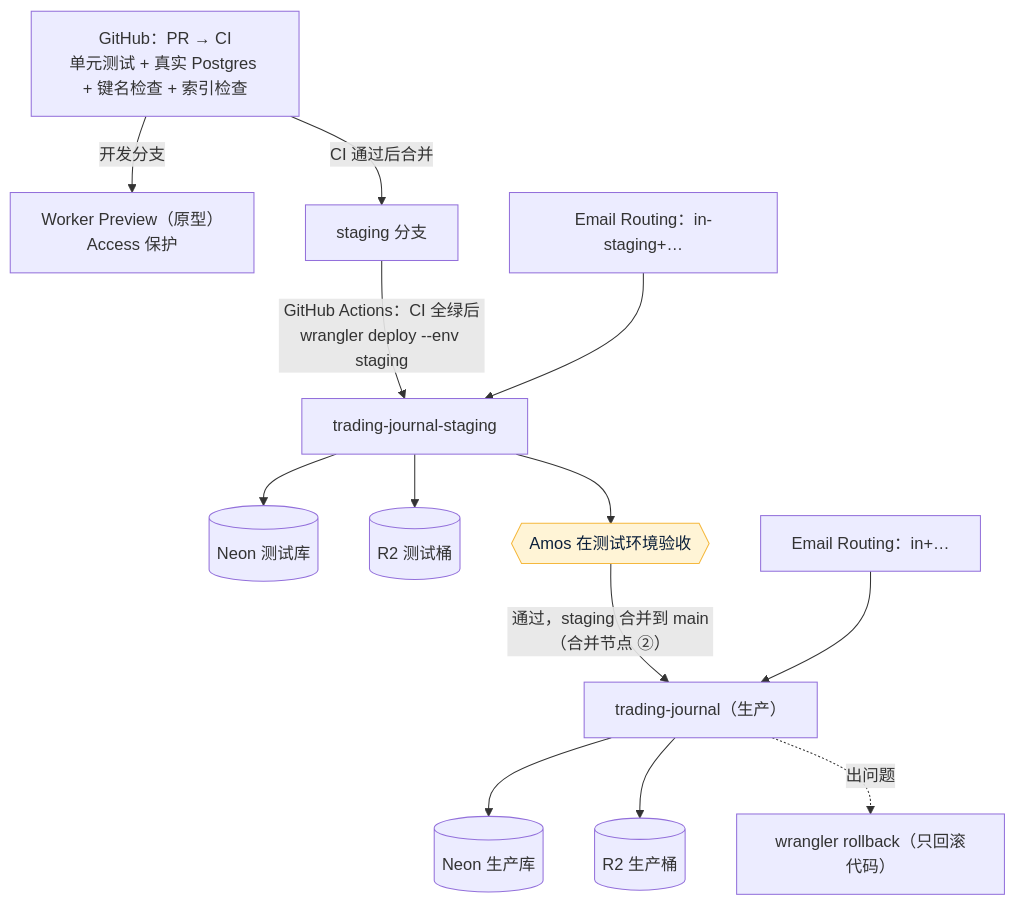
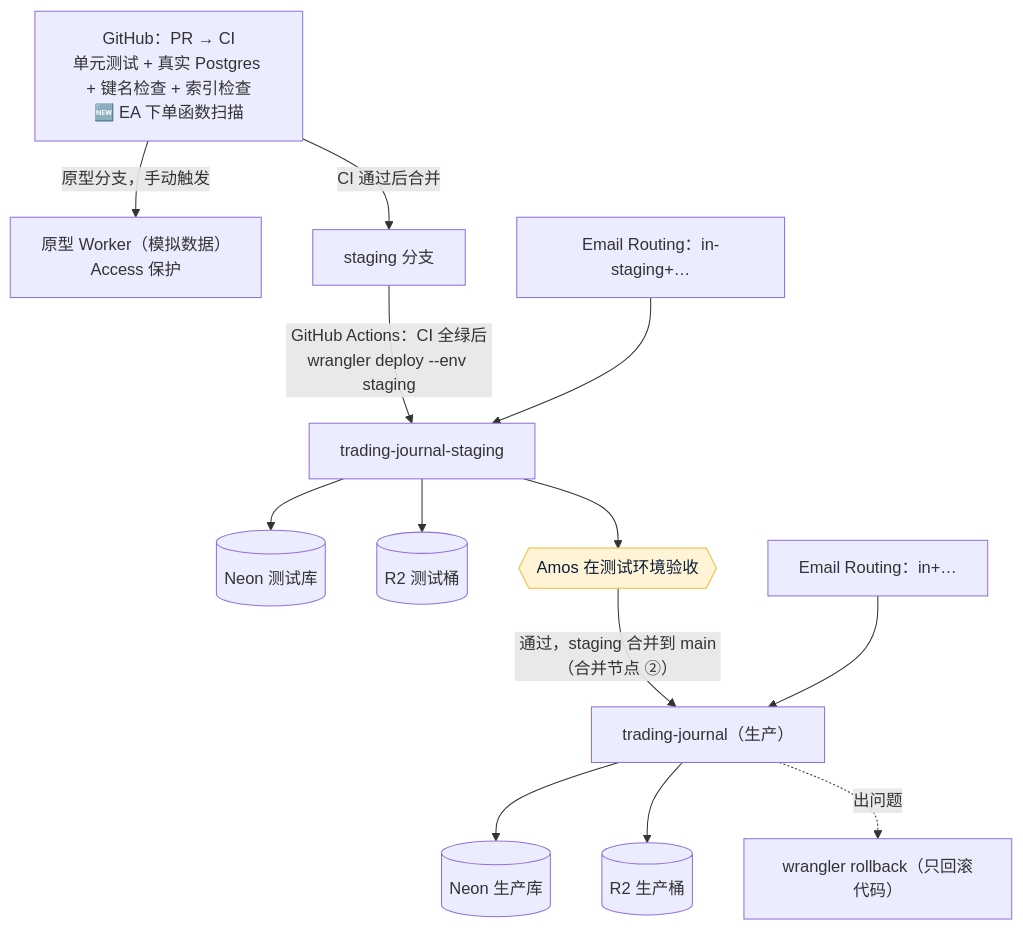
One commit to dollar3651314/trading-journal changed the seventh of 7 diagrams in 00-架构方案.md. Above: the diagram before and after it, drawn with Mermaid. The commit also changed other lines of this file and 4 other files, not shown here.

First line of the commit message:
架构方案 v1.1：EA 接收接口、行为规则、推送发件箱（Telegram + 邮件）、每周复盘和 EA 断开检测；新增效果图 2 张；需求说明书 v1.2 标记 Amos 已确认

````diff
--- a/00-架构方案.md
+++ b/00-架构方案.md
@@ -199,18 +310,18 @@
 ```mermaid
 flowchart TB
-    GH["GitHub：PR → CI<br/>单元测试 + 真实 Postgres + 键名检查 + 索引检查"] -->|开发分支| PV["Worker Preview（原型）<br/>Access 保护"]
+    GH["GitHub：PR → CI<br/>单元测试 + 真实 Postgres + 键名检查 + 索引检查<br/>🆕 EA 下单函数扫描"] -->|"原型分支，手动触发"| PV["原型 Worker（模拟数据）<br/>Access 保护"]
     GH -->|"CI 通过后合并"| STG["staging 分支"]
     STG -->|"GitHub Actions：CI 全绿后<br/>wrangler deploy --env staging"| WS["trading-journal-staging"]
     WS --> PGS[("Neon 测试库")]
     WS --> R2S[("R2 测试桶")]
     ERS["Email Routing：in-staging+…"] --> WS
     WS --> AC{{"Amos 在测试环境验收"}}
     AC -->|"通过，staging 合并到 main（合并节点 ②）"| WP["trading-journal（生产）"]
     WP --> PGP[("Neon 生产库")]
     WP --> R2P[("R2 生产桶")]
     ERP["Email Routing：in+…"] --> WP
     WP -.->|"出问题"| RB["wrangler rollback（只回滚代码）"]
 
     classDef amos fill:#FFF4D6,stroke:#F5B83D,color:#0B1F3A
     class AC amos
 ```
````
